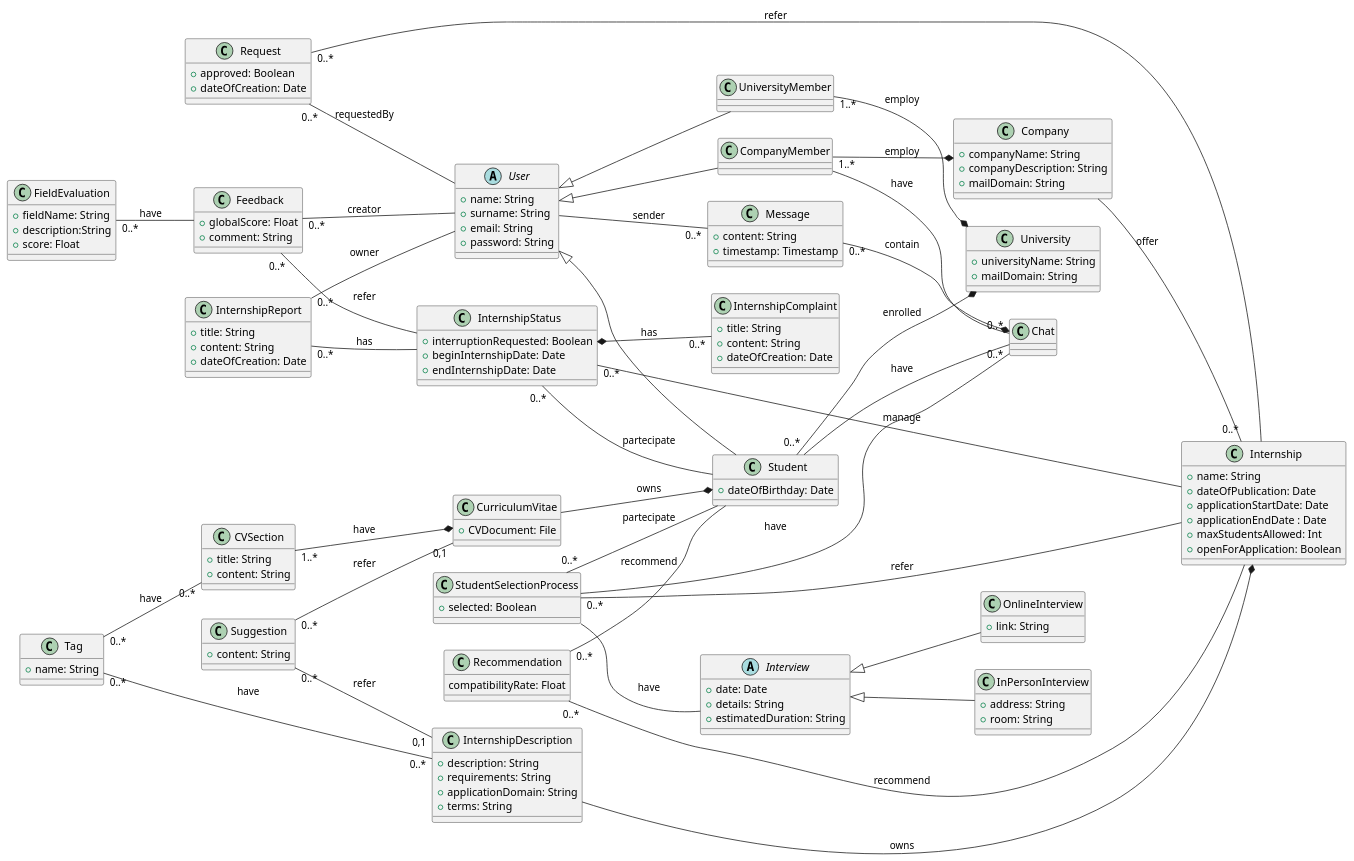
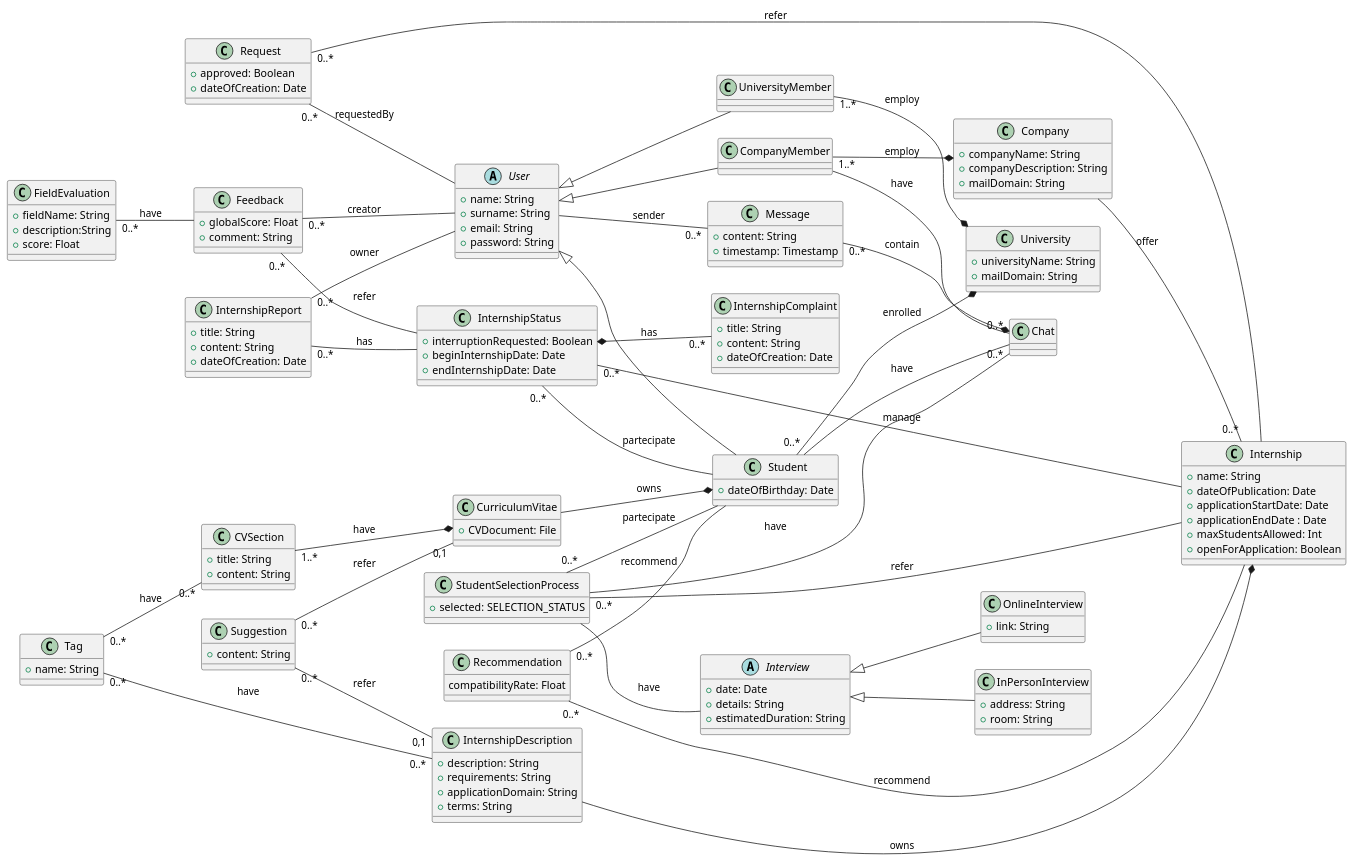
One commit to matti8702/R_and_DD_project_SE2 changed the diagram in RASD/Overall_description/uml_diagrams/class_diagram.puml. Above: the diagram before and after it, drawn with PlantUML. The commit also changed 1 other file, not shown here.

Commit message:
feat: change type of "selected" attribute in class-diagram

```diff
--- a/RASD/Overall_description/uml_diagrams/class_diagram.puml
+++ b/RASD/Overall_description/uml_diagrams/class_diagram.puml
@@ -1,167 +1,167 @@
 @startuml class_diagram
 left to right direction
 
 abstract class User{
     + name: String
     + surname: String
     + email: String
     + password: String
 }
 
 class Student extends User{
     + dateOfBirthday: Date
 }
 Student "0..*" --* University : enrolled
 
 class CompanyMember extends User{
 
 }
 CompanyMember "1..*" --* Company : employ
 
 class UniversityMember extends User{
 
 }
 UniversityMember "1..*" --* University : employ
 
 class University{
     + universityName: String 
     + mailDomain: String
 }
 
 class Company{
     + companyName: String
     + companyDescription: String
     + mailDomain: String
 }
 
 class Internship{
     + name: String
     + dateOfPublication: Date
     + applicationStartDate: Date
     + applicationEndDate : Date
     + maxStudentsAllowed: Int
     + openForApplication: Boolean
 }
 Company -- "0..*" Internship : offer
 
 class InternshipDescription{
     + description: String
     + requirements: String
     + applicationDomain: String
     + terms: String
 }
 InternshipDescription --* Internship : owns
 
 class InternshipStatus{
     + interruptionRequested: Boolean
     + beginInternshipDate: Date
     + endInternshipDate: Date
 }
 InternshipStatus "0..*" -- Student : partecipate
 InternshipStatus "0..*" -- Internship : manage
 InternshipStatus *-- "0..*" InternshipComplaint : has
 
 class InternshipComplaint{
     + title: String
     + content: String
     + dateOfCreation: Date
 }
 
 class InternshipReport{
     + title: String
     + content: String
     + dateOfCreation: Date
 }
 InternshipReport "0..*" -- InternshipStatus : has
 InternshipReport "0..*" -- User : owner
 
 class Request{
     + approved: Boolean 
     + dateOfCreation: Date
 }
 Request "0..*" -- Internship : refer
 Request "0..*" -- User : requestedBy
 
 class StudentSelectionProcess{
-    + selected: Boolean
+    + selected: SELECTION_STATUS
 }
 
 StudentSelectionProcess "0..*" -- Student : partecipate
 StudentSelectionProcess "0..*" -- Internship : refer
 StudentSelectionProcess -- Chat : have
 StudentSelectionProcess -- Interview : have
 
 abstract class Interview{
     + date: Date
     + details: String
     + estimatedDuration: String
 }
 
 class OnlineInterview extends Interview{
     + link: String
 }
 
 class InPersonInterview extends Interview{
     + address: String
     + room: String
 }
 
 class Feedback {
     + globalScore: Float
     + comment: String
 }
 
 Feedback "0..*" -- InternshipStatus : refer
 Feedback "0..*" -- User : creator
 
 class FieldEvaluation{
     + fieldName: String
     + description:String
     + score: Float
 }
 FieldEvaluation "0..*" -- Feedback : have
 
 class Suggestion{
     + content: String
 }
 Suggestion "0..*" -- "0,1" CurriculumVitae : refer
 Suggestion "0..*" -- "0,1" InternshipDescription : refer
 
 class Recommendation{
     compatibilityRate: Float
 }
 Recommendation "0..*" -- Internship : recommend
 Recommendation "0..*" -- Student : recommend
 
 class Chat{
 }
 
 class Message{
     + content: String
     + timestamp: Timestamp
 }
 
 User -- "0..*"  Message : sender
 
 Message "0..*" --* Chat : contain
 Student -- "0..*"  Chat : have
 CompanyMember -- "0..*"  Chat : have
 
 class CurriculumVitae{
     + CVDocument: File
 }
 CurriculumVitae --* Student : owns
 
 class CVSection{
     + title: String
     + content: String
 }
 CVSection "1..*" --* CurriculumVitae : have
 
 class Tag{
     + name: String
 }
 Tag "0..*" -- "0..*" CVSection : have
 Tag "0..*" -- "0..*" InternshipDescription : have
 
 @enduml
```
